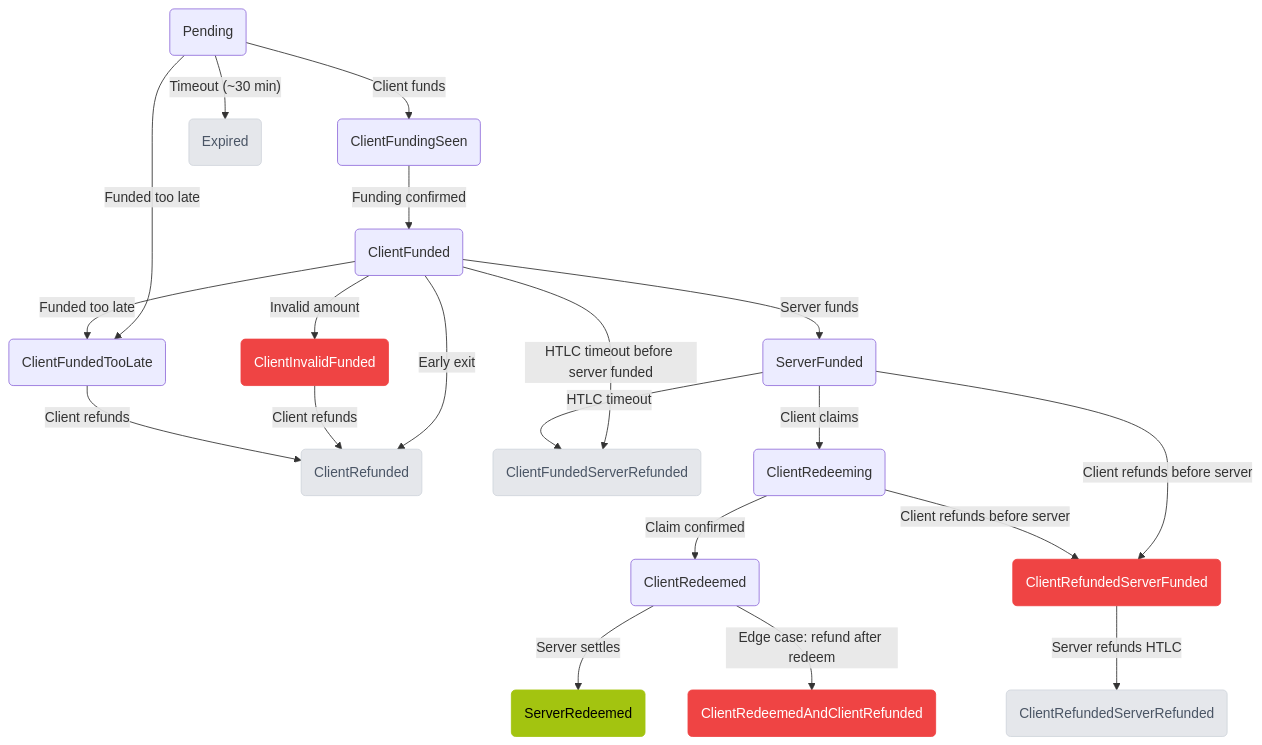
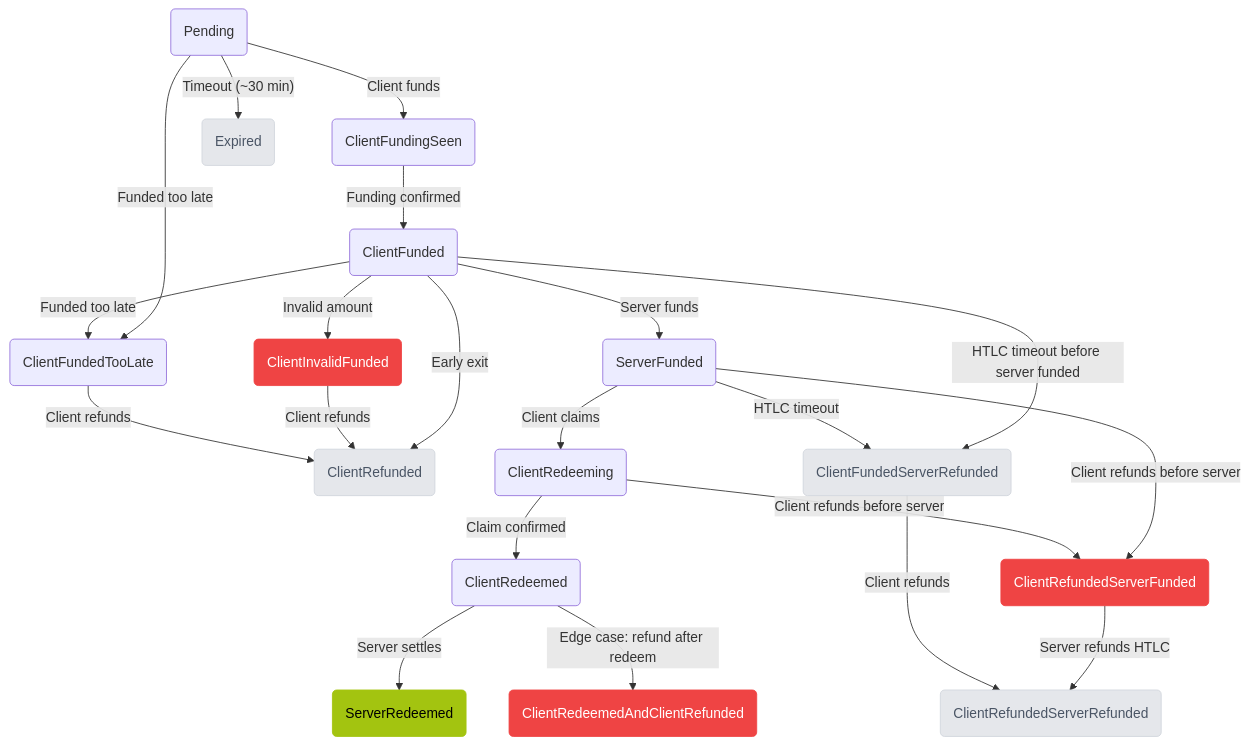
One commit to satoraHQ/satora.io changed the diagram in docs/advanced/state-machine.mdx. Above: the diagram before and after it, drawn with Mermaid. The commit also changed other lines of this file, not shown here.

Commit message:
fix(store): end a swap both sides refunded in ClientRefundedServerRefunded
A server refund after the client's mapped to `ClientRefunded`, and so
did a client refund after the server's, though the docs and every
client already have `ClientRefundedServerRefunded` for both sides
refunded. Both orders now end there, and observing either refund again
leaves it there; a repeated server refund used to drop it back to
`ClientRefunded`. Neither status allows a collaborative refund, so that
is unchanged.

````diff
--- a/docs/advanced/state-machine.mdx
+++ b/docs/advanced/state-machine.mdx
@@ -51,38 +51,39 @@
 ```mermaid
 flowchart TD
     Pending(Pending) -->|Client funds| ClientFundingSeen(ClientFundingSeen)
     Pending -->|"Timeout (~30 min)"| Expired(Expired)
     Pending -->|Funded too late| ClientFundedTooLate(ClientFundedTooLate)
 
     ClientFundingSeen -->|Funding confirmed| ClientFunded(ClientFunded)
 
     ClientFunded -->|Server funds| ServerFunded(ServerFunded)
     ClientFunded -->|Early exit| ClientRefunded(ClientRefunded)
     ClientFunded -->|Invalid amount| ClientInvalidFunded(ClientInvalidFunded)
     ClientFunded -->|Funded too late| ClientFundedTooLate
     ClientFunded -->|HTLC timeout before server funded| ClientFundedServerRefunded(ClientFundedServerRefunded)
 
     ClientInvalidFunded -->|Client refunds| ClientRefunded(ClientRefunded)
     ClientFundedTooLate -->|Client refunds| ClientRefunded
 
     ServerFunded -->|Client claims| ClientRedeeming(ClientRedeeming)
     ServerFunded -->|HTLC timeout| ClientFundedServerRefunded
     ServerFunded -->|Client refunds before server| ClientRefundedServerFunded(ClientRefundedServerFunded)
 
     ClientRedeeming -->|Claim confirmed| ClientRedeemed(ClientRedeemed)
     ClientRedeeming -->|Client refunds before server| ClientRefundedServerFunded
 
     ClientRedeemed -->|Server settles| ServerRedeemed(ServerRedeemed)
     ClientRedeemed -->|Edge case: refund after redeem| ClientRedeemedAndClientRefunded(ClientRedeemedAndClientRefunded)
 
     ClientRefundedServerFunded -->|Server refunds HTLC| ClientRefundedServerRefunded(ClientRefundedServerRefunded)
+    ClientFundedServerRefunded -->|Client refunds| ClientRefundedServerRefunded
 
     style ServerRedeemed fill:#a3c410,color:#000,stroke:#a3c410
     style Expired fill:#e5e7eb,color:#4a5565,stroke:#d1d5dc
     style ClientRefunded fill:#e5e7eb,color:#4a5565,stroke:#d1d5dc
     style ClientFundedServerRefunded fill:#e5e7eb,color:#4a5565,stroke:#d1d5dc
     style ClientRefundedServerRefunded fill:#e5e7eb,color:#4a5565,stroke:#d1d5dc
     style ClientRedeemedAndClientRefunded fill:#ef4444,color:#fff,stroke:#ef4444
     style ClientRefundedServerFunded fill:#ef4444,color:#fff,stroke:#ef4444
     style ClientInvalidFunded fill:#ef4444,color:#fff,stroke:#ef4444
 ```
````
